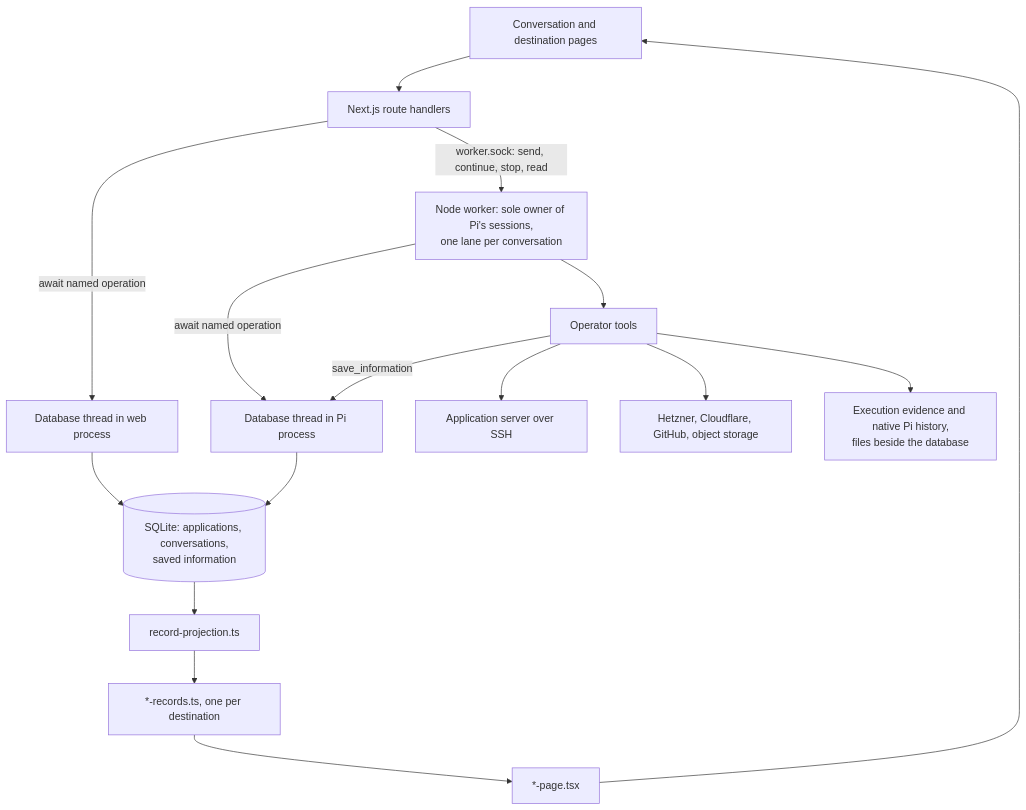
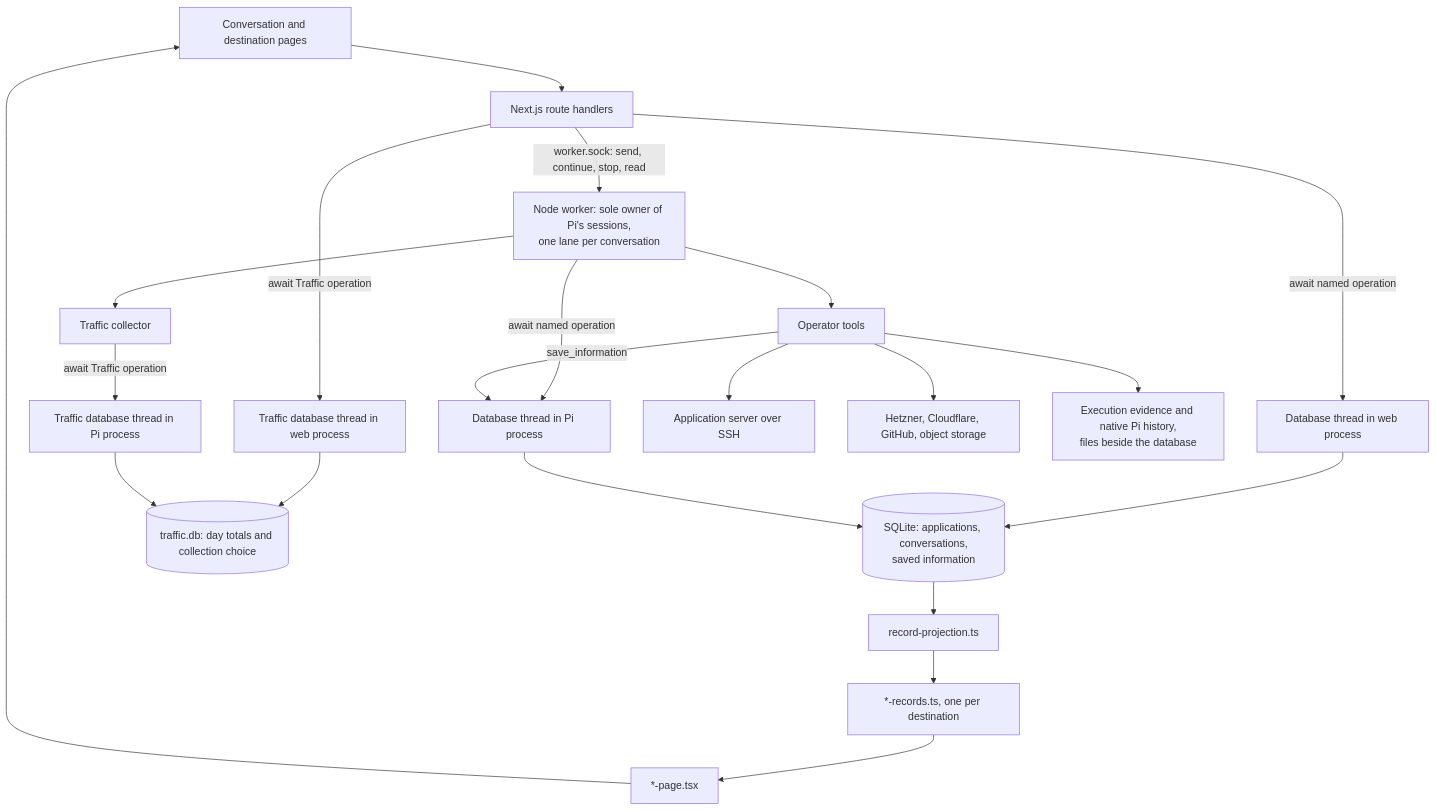
Before and after one commit to lustoykov/hallvi: the first of 6 diagrams in docs/architecture.md, drawn with Mermaid. The commit also changed other lines of this file and 28 other files, not shown here.

Commit message:
Move Traffic storage to a dedicated database worker

````diff
--- a/docs/architecture.md
+++ b/docs/architecture.md
@@ -23,18 +23,23 @@
 ```mermaid
 flowchart TD
     UI[Conversation and destination pages] --> API[Next.js route handlers]
     API -->|await named operation| WebDB[Database thread in web process]
     WebDB --> DB[(SQLite: applications, conversations,<br/>saved information)]
     API -->|worker.sock: send, continue, stop, read| Worker
     Worker[Node worker: sole owner of Pi's sessions,<br/>one lane per conversation] -->|await named operation| PiDB[Database thread in Pi process]
     PiDB --> DB
+    API -->|await Traffic operation| WebTraffic[Traffic database thread in web process]
+    Worker --> Collector[Traffic collector]
+    Collector -->|await Traffic operation| PiTraffic[Traffic database thread in Pi process]
+    WebTraffic --> TrafficDB[(traffic.db: day totals and collection choice)]
+    PiTraffic --> TrafficDB
     Worker --> Tools[Operator tools]
     Tools --> Host[Application server over SSH]
     Tools --> Providers[Hetzner, Cloudflare, GitHub, object storage]
     Tools -->|save_information| PiDB
     Tools --> Files[Execution evidence and native Pi history,<br/>files beside the database]
     DB --> Projection[record-projection.ts]
     Projection --> Records[*-records.ts, one per destination]
     Records --> Pages[*-page.tsx]
     Pages --> UI
 ```
````
